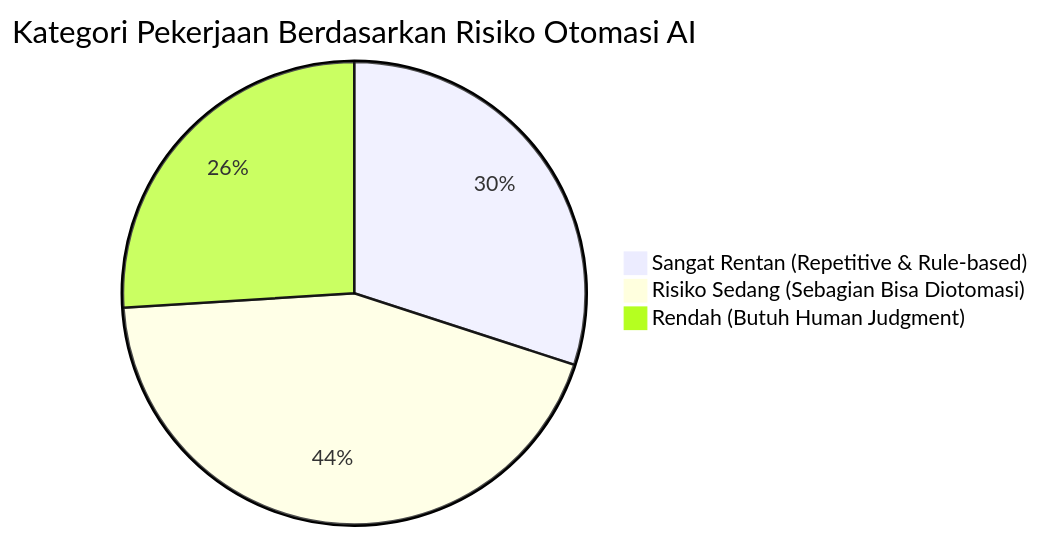
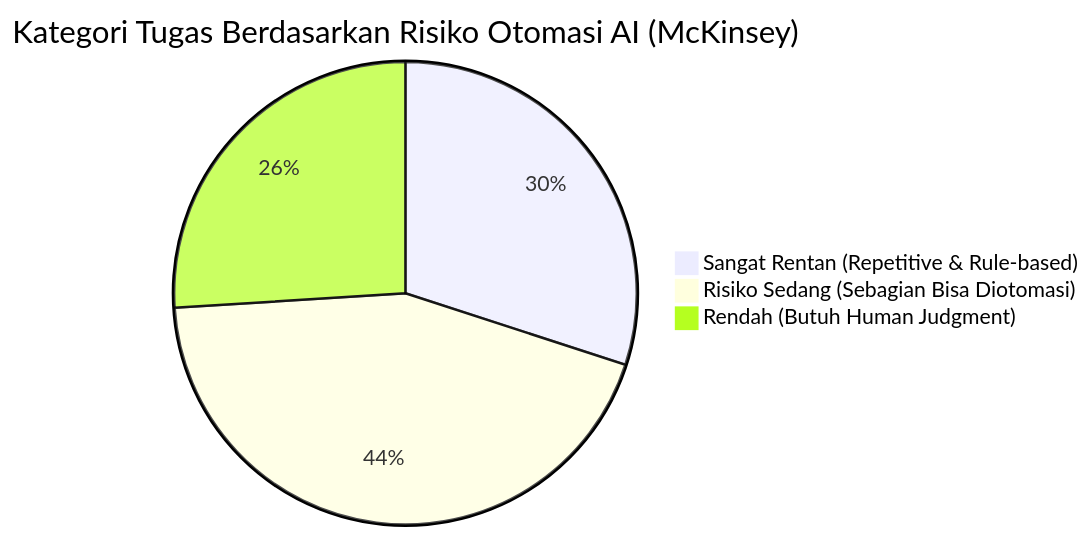
The first of 2 diagrams in explore/ai-security/ai-menggantikan-manusia.md (rahardjo-glenvio/CyberAtlas), drawn with Mermaid before and after one commit. The commit also changed other lines of this file and 2 other files, not shown here.

````diff
--- a/explore/ai-security/ai-menggantikan-manusia.md
+++ b/explore/ai-security/ai-menggantikan-manusia.md
@@ -138,6 +54,6 @@
 ```mermaid
-pie title Kategori Pekerjaan Berdasarkan Risiko Otomasi AI
+pie title Kategori Tugas Berdasarkan Risiko Otomasi AI (McKinsey)
     "Sangat Rentan (Repetitive & Rule-based)" : 30
     "Risiko Sedang (Sebagian Bisa Diotomasi)" : 44
     "Rendah (Butuh Human Judgment)" : 26
 ```
````
